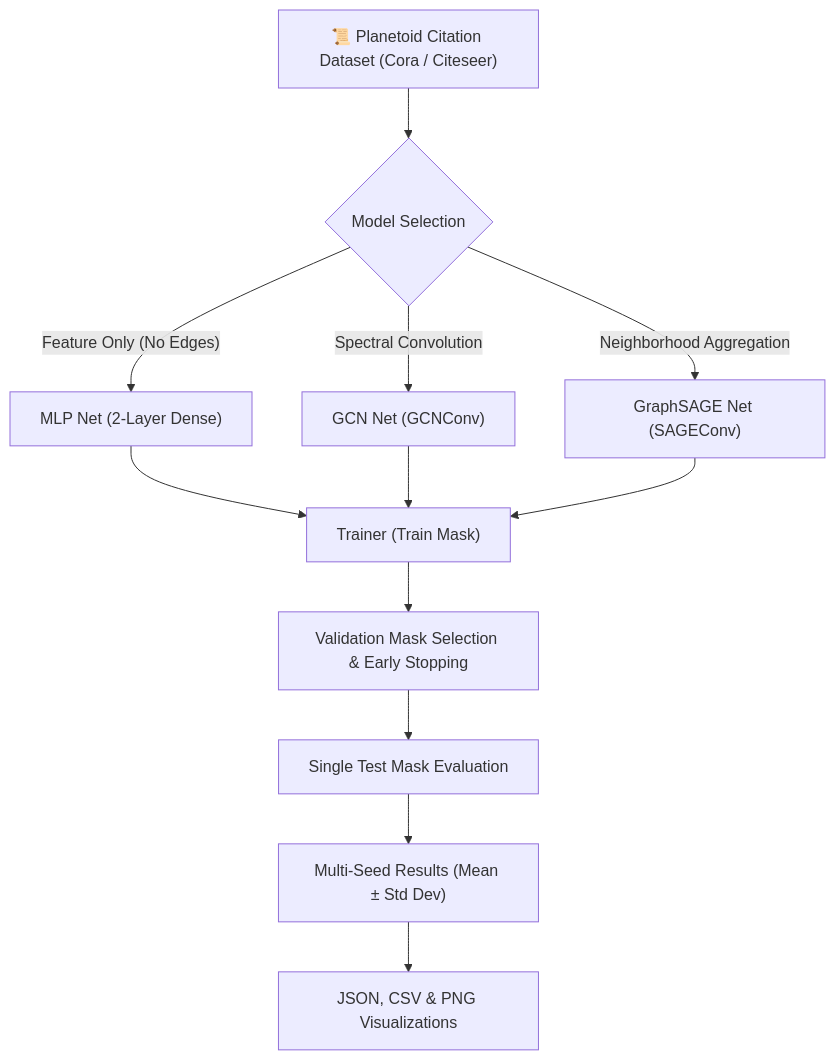
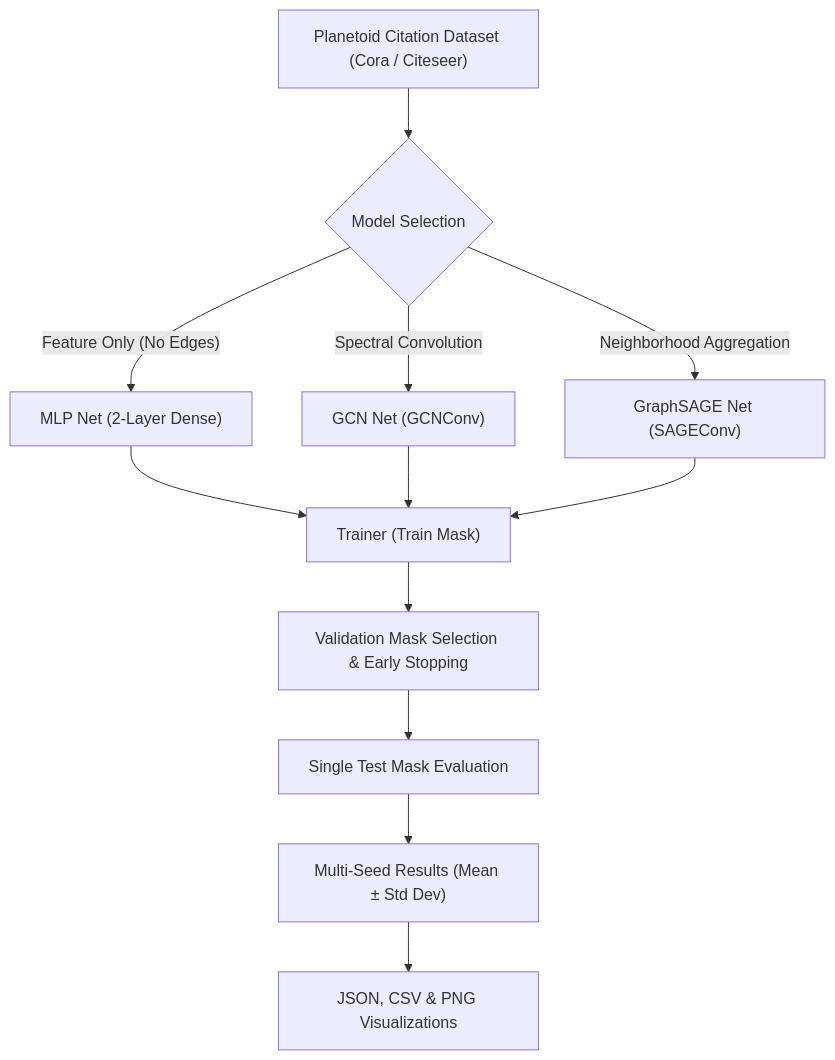
Before and after one commit to shivangisrivastava013/GNN-Citation-Network-Classification: the diagram in README.md, drawn with Mermaid. The commit also changed other lines of this file, not shown here.

````diff
--- a/README.md
+++ b/README.md
@@ -14,14 +22,14 @@
 ```mermaid
 flowchart TD
-    A["📜 Planetoid Citation Dataset (Cora / Citeseer)"] --> B{"Model Selection"}
+    A["Planetoid Citation Dataset (Cora / Citeseer)"] --> B{"Model Selection"}
     B -->|"Feature Only (No Edges)"| C["MLP Net (2-Layer Dense)"]
     B -->|"Spectral Convolution"| D["GCN Net (GCNConv)"]
     B -->|"Neighborhood Aggregation"| E["GraphSAGE Net (SAGEConv)"]
     C --> F["Trainer (Train Mask)"]
     D --> F
     E --> F
     F --> G["Validation Mask Selection & Early Stopping"]
     G --> H["Single Test Mask Evaluation"]
     H --> I["Multi-Seed Results (Mean ± Std Dev)"]
     I --> J["JSON, CSV & PNG Visualizations"]
 ```
````
